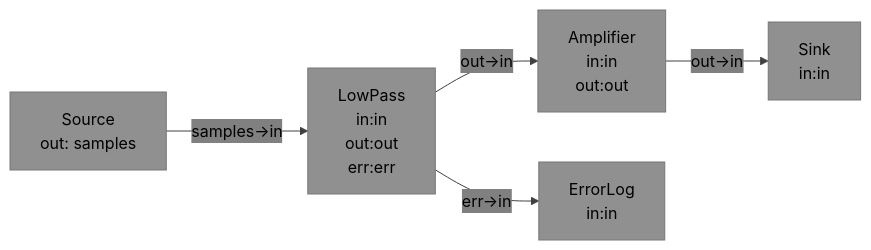
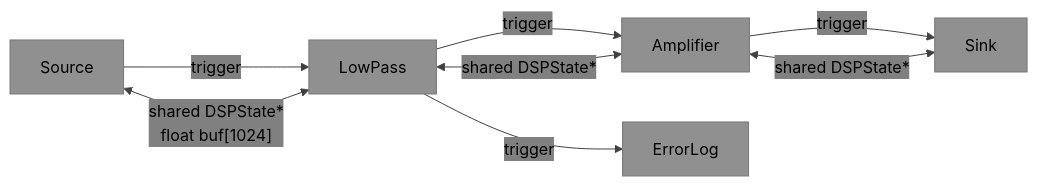
One commit to visionik/anyflux changed the eighth of 11 diagrams in docs/api.md. Above: the diagram before and after it, drawn with Mermaid. The commit also changed other lines of this file, not shown here.

````diff
--- a/docs/api.md
+++ b/docs/api.md
@@ -424,8 +465,11 @@
 ```mermaid
 %%{init: {'theme': 'base', 'themeVariables': { 'primaryColor': '#909090', 'secondaryColor': '#808080', 'tertiaryColor': '#707070', 'primaryTextColor': '#000000', 'secondaryTextColor': '#000000', 'tertiaryTextColor': '#000000', 'noteTextColor': '#000000', 'lineColor': '#404040' }}}%%
 graph LR
-    SRC["Source\nout: samples"] -->|"samples→in"| LP["LowPass\nin:in\nout:out\nerr:err"]
-    LP -->|"out→in"| AMP["Amplifier\nin:in\nout:out"]
-    LP -->|"err→in"| EL["ErrorLog\nin:in"]
-    AMP -->|"out→in"| SINK["Sink\nin:in"]
+    SRC[Source] -->|trigger| LP[LowPass]
+    LP -->|trigger| AMP[Amplifier]
+    LP -->|trigger| EL[ErrorLog]
+    AMP -->|trigger| SINK[Sink]
+    SRC <-->|"shared DSPState*\nfloat buf[1024]"| LP
+    LP  <-->|"shared DSPState*"| AMP
+    AMP <-->|"shared DSPState*"| SINK
 ```
````
